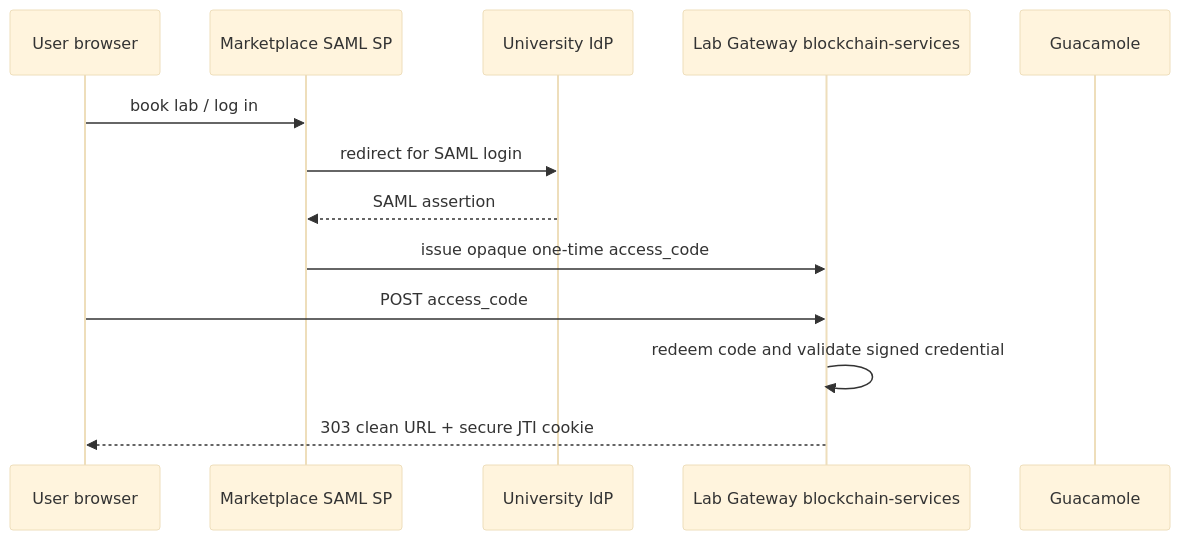
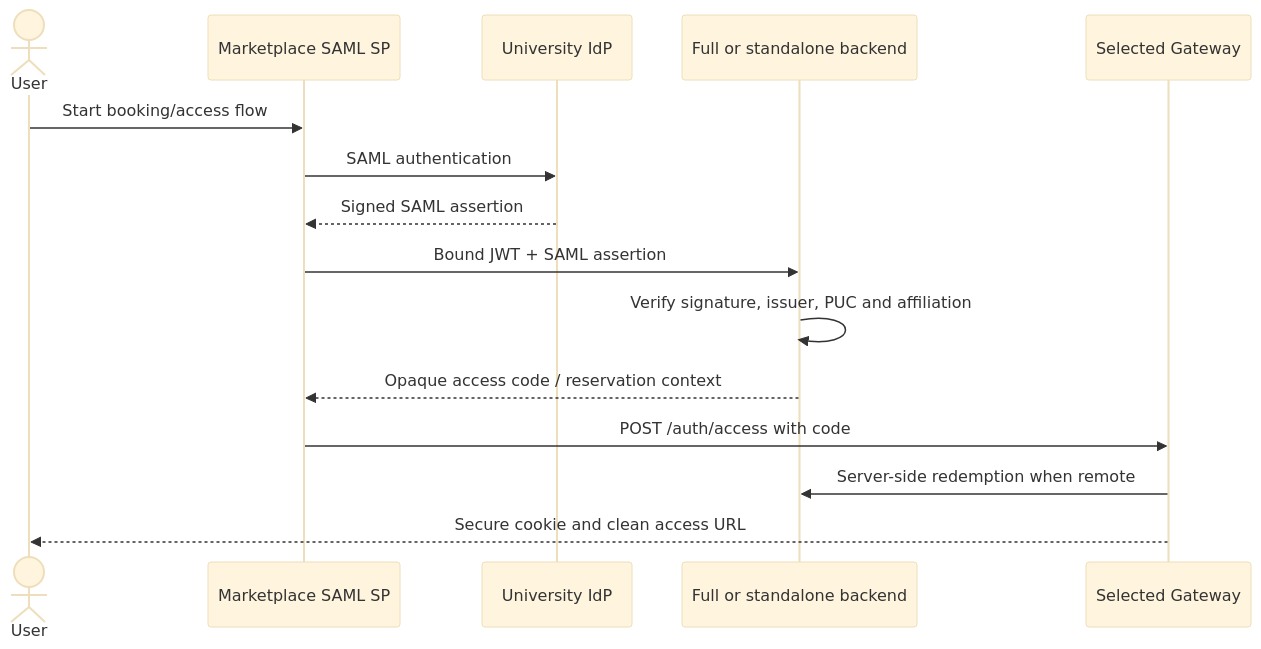
The diagram in docs/edugain/edugain-federation.md (DecentraLabsCom/Lab-Gateway), drawn with Mermaid (base theme) before and after one commit. The commit also changed other lines of this file and 22 other files, not shown here.

````diff
--- a/docs/edugain/edugain-federation.md
+++ b/docs/edugain/edugain-federation.md
@@ -25,16 +19,18 @@
 ```mermaid
 sequenceDiagram
-    participant Browser as User browser
-    participant Marketplace as Marketplace SAML SP
+    actor User
+    participant M as Marketplace SAML SP
     participant IdP as University IdP
-    participant Gateway as Lab Gateway blockchain-services
-    participant Guac as Guacamole
+    participant B as Full or standalone backend
+    participant L as Selected Gateway
 
-    Browser->>Marketplace: book lab / log in
-    Marketplace->>IdP: redirect for SAML login
-    IdP-->>Marketplace: SAML assertion
-    Marketplace->>Gateway: issue opaque one-time access_code
-    Browser->>Gateway: POST access_code
-    Gateway->>Gateway: redeem code and validate signed credential
-    Gateway-->>Browser: 303 clean URL + secure JTI cookie
+    User->>M: Start booking/access flow
+    M->>IdP: SAML authentication
+    IdP-->>M: Signed SAML assertion
+    M->>B: Bound JWT + SAML assertion
+    B->>B: Verify signature, issuer, PUC and affiliation
+    B-->>M: Opaque access code / reservation context
+    M->>L: POST /auth/access with code
+    L->>B: Server-side redemption when remote
+    L-->>User: Secure cookie and clean access URL
 ```
````
